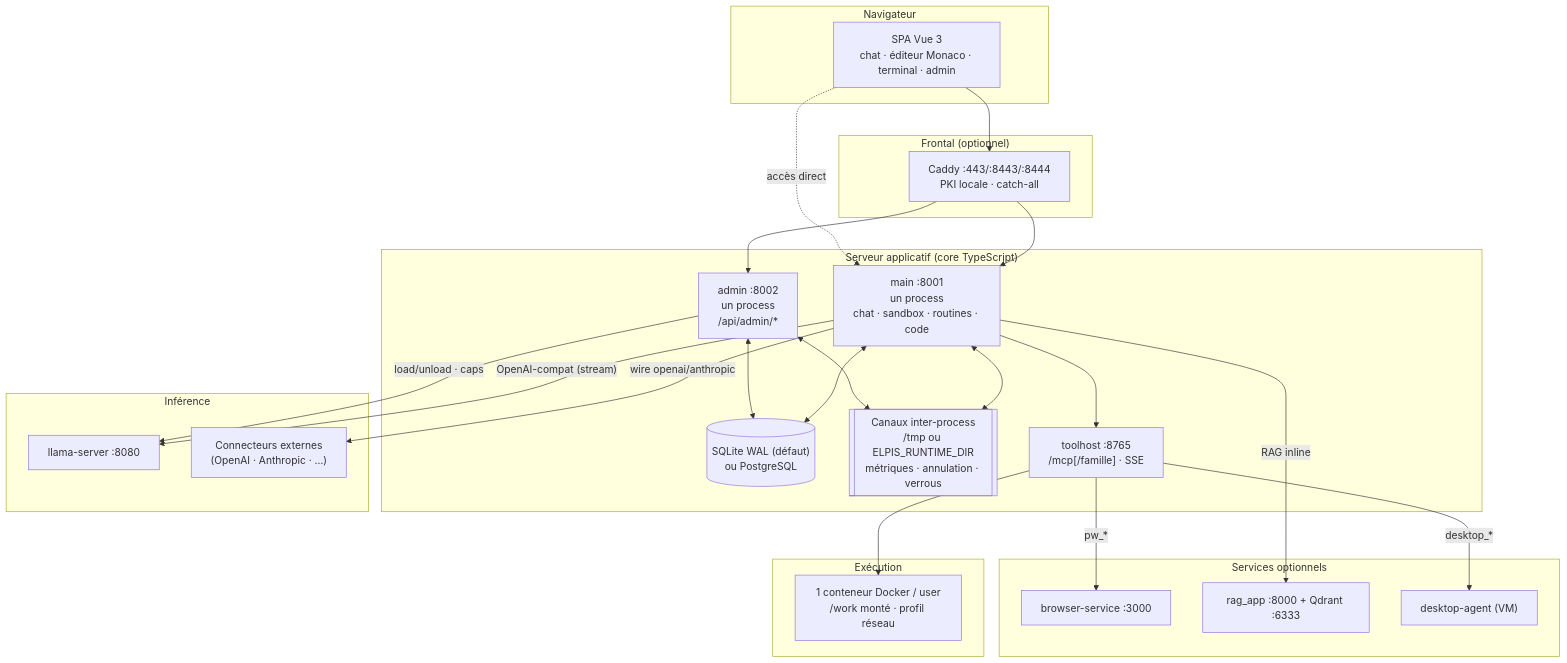
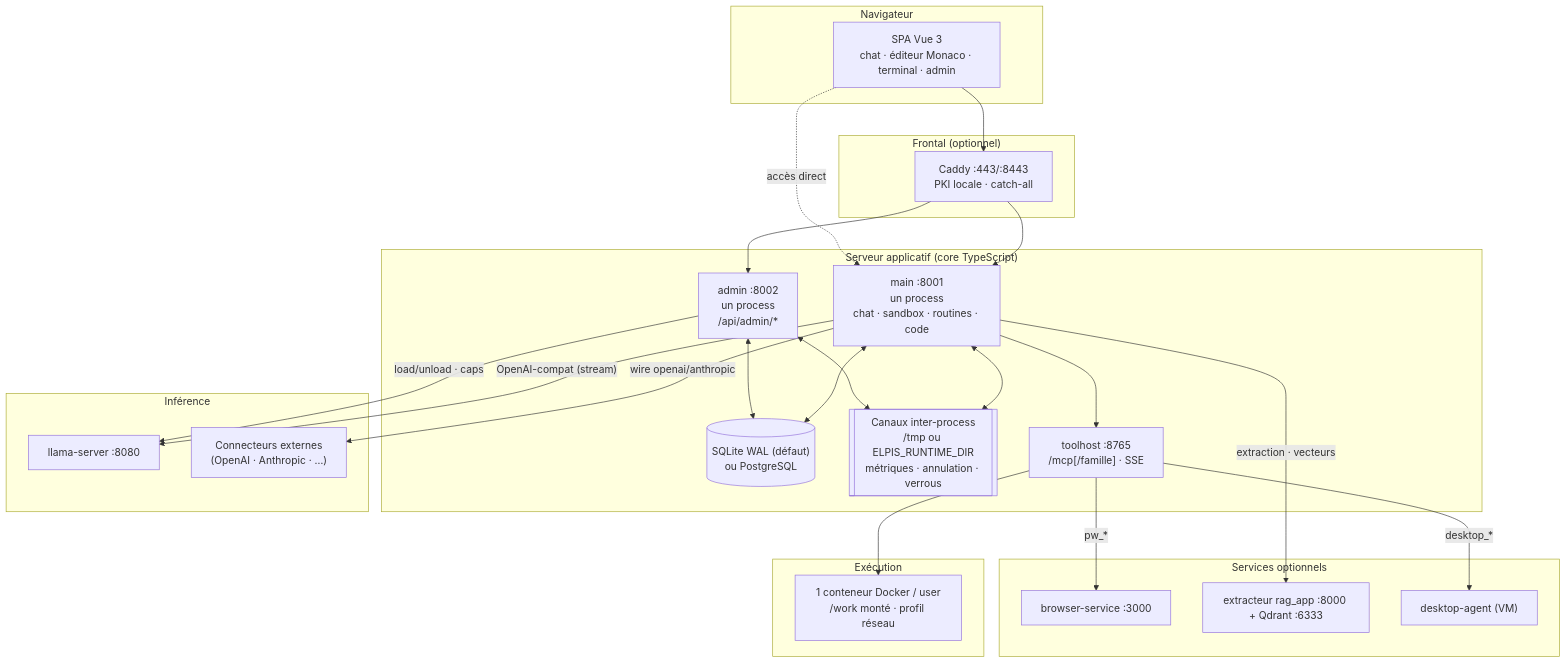
One commit to toto-fou/Elpis changed the first of 16 diagrams in docs/architecture.md. Above: the diagram before and after it, drawn with Mermaid. The commit also changed other lines of this file and 269 other files, not shown here.

````diff
--- a/docs/architecture.md
+++ b/docs/architecture.md
@@ -156,47 +158,47 @@
 ```mermaid
 flowchart TB
     subgraph Client["Navigateur"]
         SPA["SPA Vue 3<br/>chat · éditeur Monaco · terminal · admin"]
     end
 
     subgraph Edge["Frontal (optionnel)"]
-        Caddy["Caddy :443/:8443/:8444<br/>PKI locale · catch-all"]
+        Caddy["Caddy :443/:8443<br/>PKI locale · catch-all"]
     end
 
     subgraph AppServer["Serveur applicatif (core TypeScript)"]
         Main["main :8001<br/>un process<br/>chat · sandbox · routines · code"]
         Admin["admin :8002<br/>un process<br/>/api/admin/*"]
         DB[("SQLite WAL (défaut)<br/>ou PostgreSQL")]
         Spool[["Canaux inter-process<br/>/tmp ou ELPIS_RUNTIME_DIR<br/>métriques · annulation · verrous"]]
         MCP["toolhost :8765<br/>/mcp[/famille] · SSE"]
     end
 
     subgraph Exec["Exécution"]
         Docker["1 conteneur Docker / user<br/>/work monté · profil réseau"]
     end
 
     subgraph LLM["Inférence"]
         Llama["llama-server :8080"]
         Ext["Connecteurs externes<br/>(OpenAI · Anthropic · …)"]
     end
 
     subgraph Optional["Services optionnels"]
         Browser["browser-service :3000"]
-        RAG["rag_app :8000 + Qdrant :6333"]
+        RAG["extracteur rag_app :8000 + Qdrant :6333"]
         Desk["desktop-agent (VM)"]
     end
 
     SPA --> Caddy --> Main & Admin
     SPA -. "accès direct" .-> Main
     Main <--> DB
     Admin <--> DB
     Main <--> Spool
     Admin <--> Spool
     Main --> MCP --> Docker
     Main -- "OpenAI-compat (stream)" --> Llama
     Main -- "wire openai/anthropic" --> Ext
     Admin -- "load/unload · caps" --> Llama
     MCP -- "pw_*" --> Browser
     MCP -- "desktop_*" --> Desk
-    Main -- "RAG inline" --> RAG
+    Main -- "extraction · vecteurs" --> RAG
 ```
````
